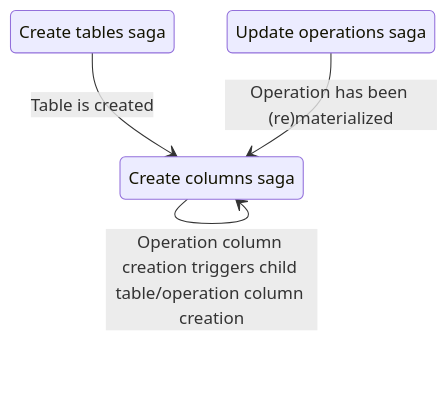
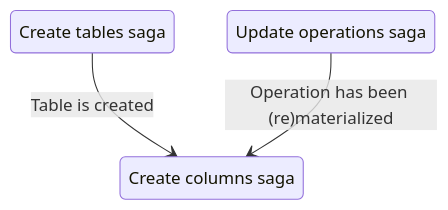
The diagram in src/sagas/createColumnsSaga/README.md (steve-kasica/roundup), drawn with Mermaid before and after one commit. The commit also changed 5 other files, not shown here.

Commit message:
Fix null columns saga bug

````diff
--- a/src/sagas/createColumnsSaga/README.md
+++ b/src/sagas/createColumnsSaga/README.md
@@ -7,10 +7,9 @@
 ```mermaid
     stateDiagram
-    createCols:Create columns saga
+    createColumns:Create columns saga
     createTables:Create tables saga
     updateOperations:Update operations saga
 
-    createCols --> createCols: Operation column creation triggers child table/operation column creation
-    createTables --> createCols: Table is created
-    updateOperations --> createCols: Operation has been (re)materialized
+    createTables --> createColumns: Table is created
+    updateOperations --> createColumns: Operation has been (re)materialized
 ```
````
